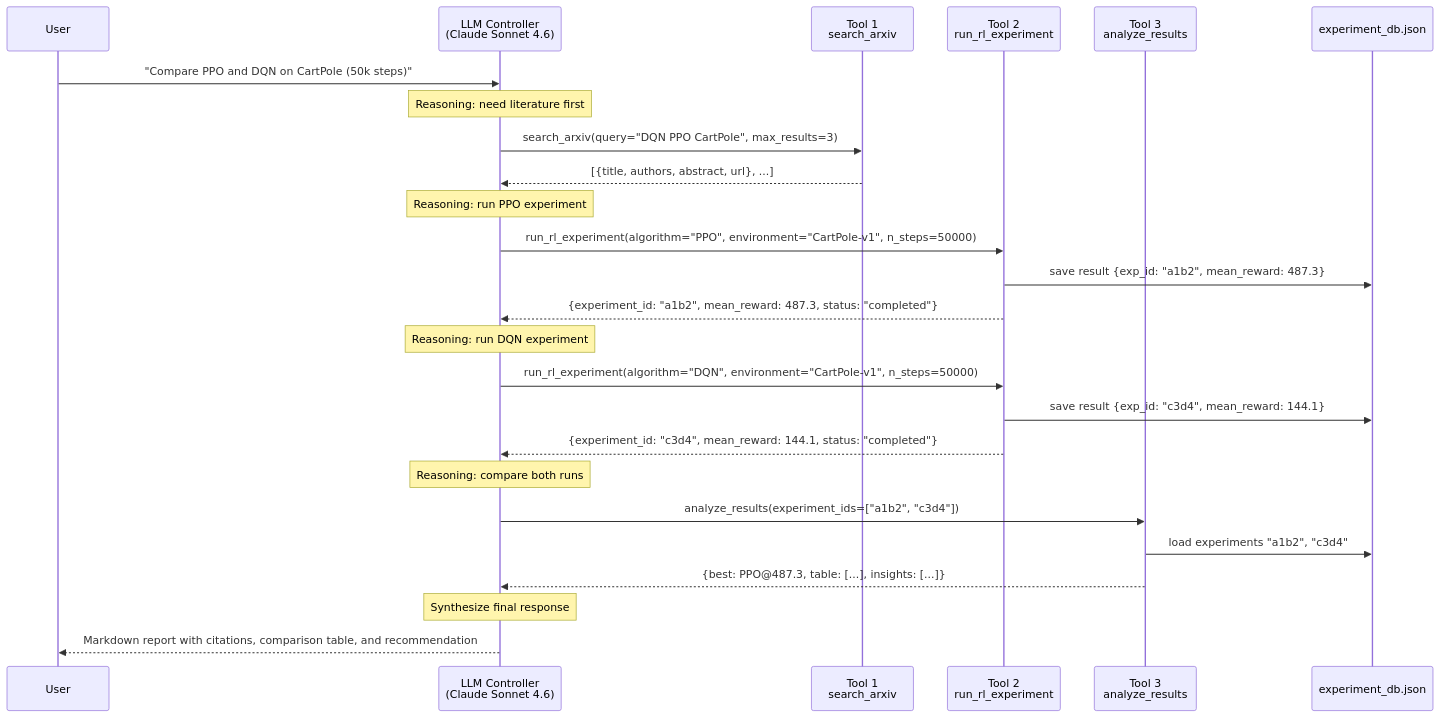
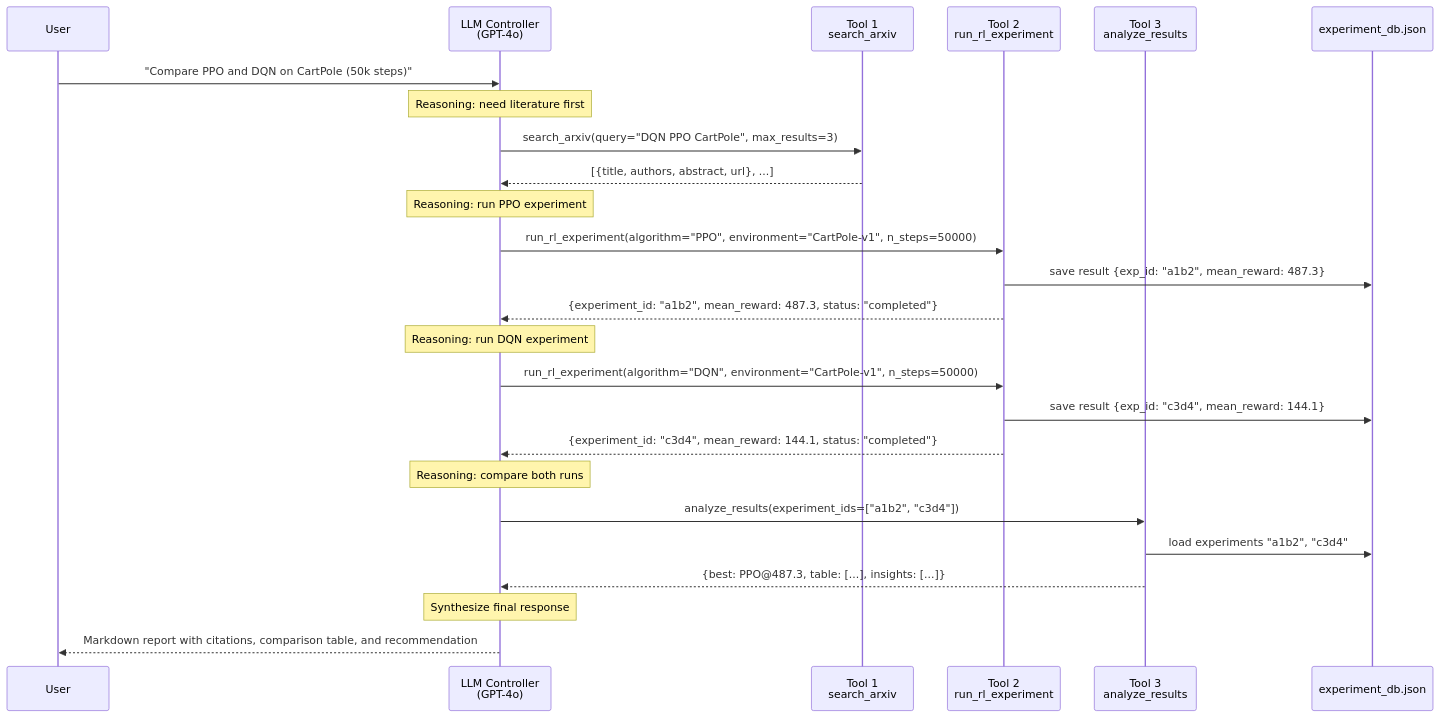
One commit to mimimaomao11/DRL_HW4 changed the diagram in docs/infographic.md. Above: the diagram before and after it, drawn with Mermaid. The commit also changed other lines of this file and 5 other files, not shown here.

````diff
--- a/docs/infographic.md
+++ b/docs/infographic.md
@@ -71,33 +71,33 @@
 ```mermaid
 sequenceDiagram
     participant U as User
-    participant LLM as LLM Controller<br/>(Claude Sonnet 4.6)
+    participant LLM as LLM Controller<br/>(GPT-4o)
     participant T1 as Tool 1<br/>search_arxiv
     participant T2 as Tool 2<br/>run_rl_experiment
     participant T3 as Tool 3<br/>analyze_results
     participant DB as experiment_db.json
 
     U->>LLM: "Compare PPO and DQN on CartPole (50k steps)"
 
     Note over LLM: Reasoning: need literature first
     LLM->>T1: search_arxiv(query="DQN PPO CartPole", max_results=3)
     T1-->>LLM: [{title, authors, abstract, url}, ...]
 
     Note over LLM: Reasoning: run PPO experiment
     LLM->>T2: run_rl_experiment(algorithm="PPO", environment="CartPole-v1", n_steps=50000)
     T2->>DB: save result {exp_id: "a1b2", mean_reward: 487.3}
     T2-->>LLM: {experiment_id: "a1b2", mean_reward: 487.3, status: "completed"}
 
     Note over LLM: Reasoning: run DQN experiment
     LLM->>T2: run_rl_experiment(algorithm="DQN", environment="CartPole-v1", n_steps=50000)
     T2->>DB: save result {exp_id: "c3d4", mean_reward: 144.1}
     T2-->>LLM: {experiment_id: "c3d4", mean_reward: 144.1, status: "completed"}
 
     Note over LLM: Reasoning: compare both runs
     LLM->>T3: analyze_results(experiment_ids=["a1b2", "c3d4"])
     T3->>DB: load experiments "a1b2", "c3d4"
     T3-->>LLM: {best: PPO@487.3, table: [...], insights: [...]}
 
     Note over LLM: Synthesize final response
     LLM-->>U: Markdown report with citations, comparison table, and recommendation
 ```
````
